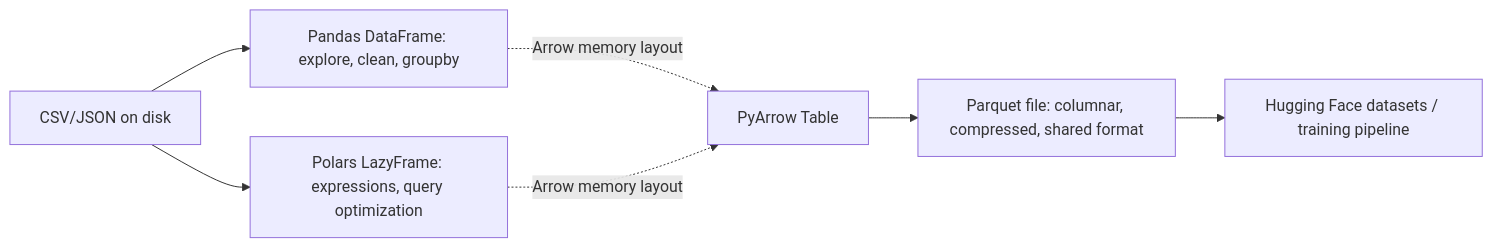
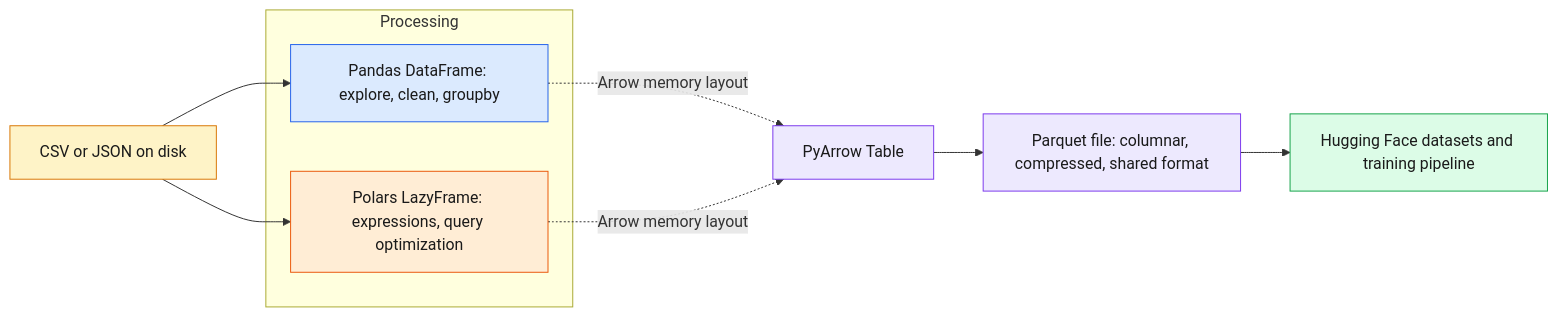
Before and after one commit to bhanu-prakash12/ai-ml-engineer-fundamentals: the first of 2 diagrams in day01_python_data_math/03_data_libraries/README.md, drawn with Mermaid. The commit also changed other lines of this file and 68 other files, not shown here.

````diff
--- a/day01_python_data_math/03_data_libraries/README.md
+++ b/day01_python_data_math/03_data_libraries/README.md
@@ -42,9 +79,23 @@
 ```mermaid
 flowchart LR
-  A[CSV/JSON on disk] --> B[Pandas DataFrame: explore, clean, groupby]
-  A --> C[Polars LazyFrame: expressions, query optimization]
-  B -. Arrow memory layout .-> D[PyArrow Table]
-  C -. Arrow memory layout .-> D
-  D --> E[Parquet file: columnar, compressed, shared format]
-  E --> F[Hugging Face datasets / training pipeline]
+  A["CSV or JSON on disk"] --> B
+  A --> C
+  subgraph Tools["Processing"]
+    B["Pandas DataFrame: explore, clean, groupby"]
+    C["Polars LazyFrame: expressions, query optimization"]
+  end
+  B -.->|"Arrow memory layout"| D["PyArrow Table"]
+  C -.->|"Arrow memory layout"| D
+  D --> E["Parquet file: columnar, compressed, shared format"]
+  E --> F["Hugging Face datasets and training pipeline"]
+  classDef src fill:#FEF3C7,stroke:#D97706,color:#1a1a1a;
+  classDef pd fill:#DBEAFE,stroke:#2563EB,color:#1a1a1a;
+  classDef pl fill:#FFEDD5,stroke:#EA580C,color:#1a1a1a;
+  classDef arrow fill:#EDE9FE,stroke:#7C3AED,color:#1a1a1a;
+  classDef out fill:#DCFCE7,stroke:#16A34A,color:#1a1a1a;
+  class A src;
+  class B pd;
+  class C pl;
+  class D,E arrow;
+  class F out;
 ```
````
